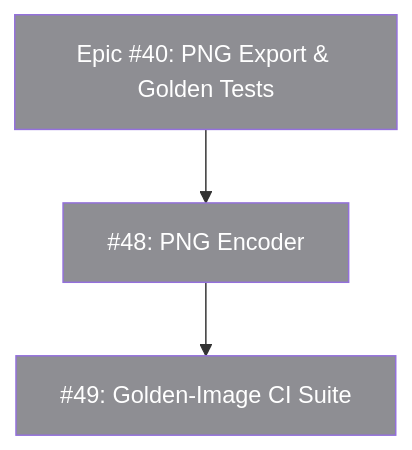
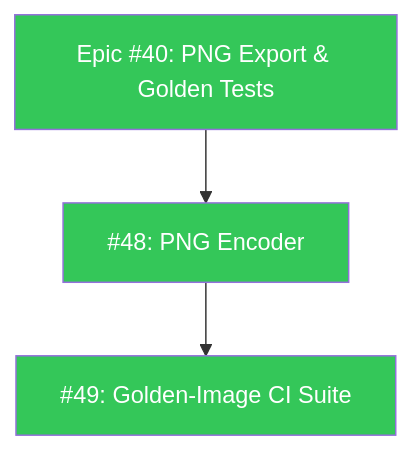
The seventh of 9 diagrams in README.md (SlayerMotion/PureDraw), drawn with Mermaid before and after one commit. The commit also changed other lines of this file and 1 other file, not shown here.

First line of the commit message:
docs: mark rasterizer and PNG epics done in roadmap diagrams

````diff
--- a/README.md
+++ b/README.md
@@ -250,15 +251,15 @@
 ```mermaid
 flowchart TB
     classDef done    fill:#34C759,color:#FFFFFF
     classDef active  fill:#007AFF,color:#FFFFFF
     classDef review  fill:#30B0C7,color:#FFFFFF
     classDef next    fill:#5856D6,color:#FFFFFF
     classDef partial fill:#FF9500,color:#FFFFFF
     classDef todo    fill:#8E8E93,color:#FFFFFF
 
-    Epic40["Epic #40: PNG Export & Golden Tests"]:::todo --> I48["#48: PNG Encoder"]:::todo --> I49["#49: Golden-Image CI Suite"]:::todo
+    Epic40["Epic #40: PNG Export & Golden Tests"]:::done --> I48["#48: PNG Encoder"]:::done --> I49["#49: Golden-Image CI Suite"]:::done
 
     click Epic40 href "https://github.com/mihaelamj/PureDraw/issues/40" "Epic #40"
     click I48 href "https://github.com/mihaelamj/PureDraw/issues/48" "Issue #48"
     click I49 href "https://github.com/mihaelamj/PureDraw/issues/49" "Issue #49"
 ```
````
